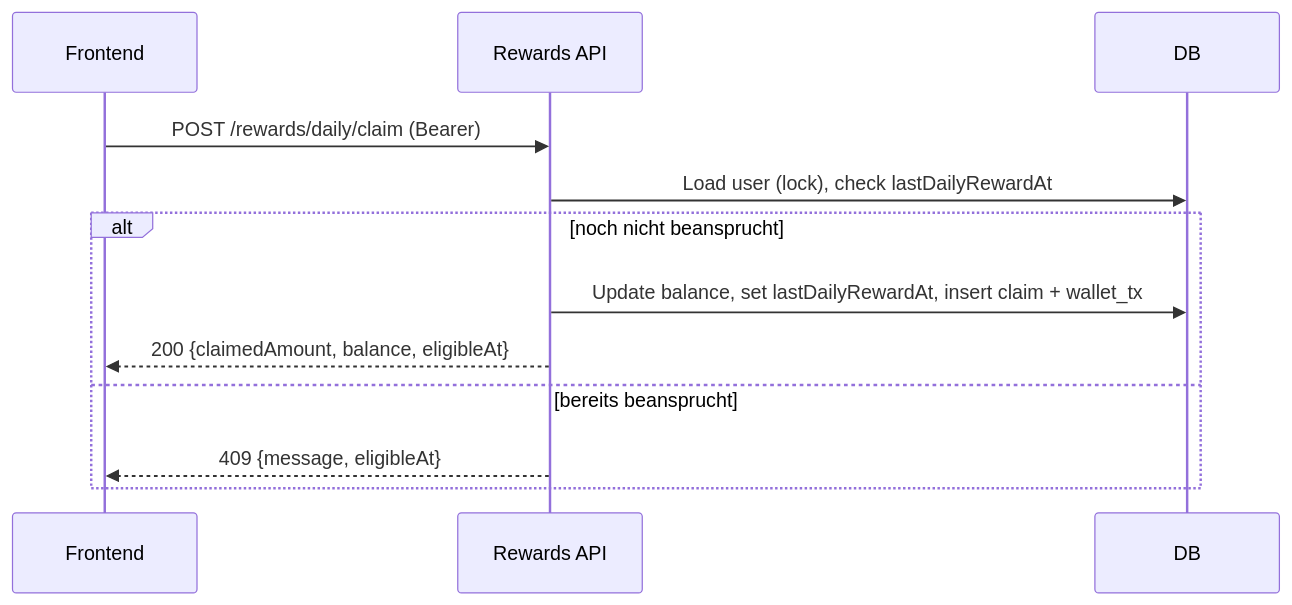
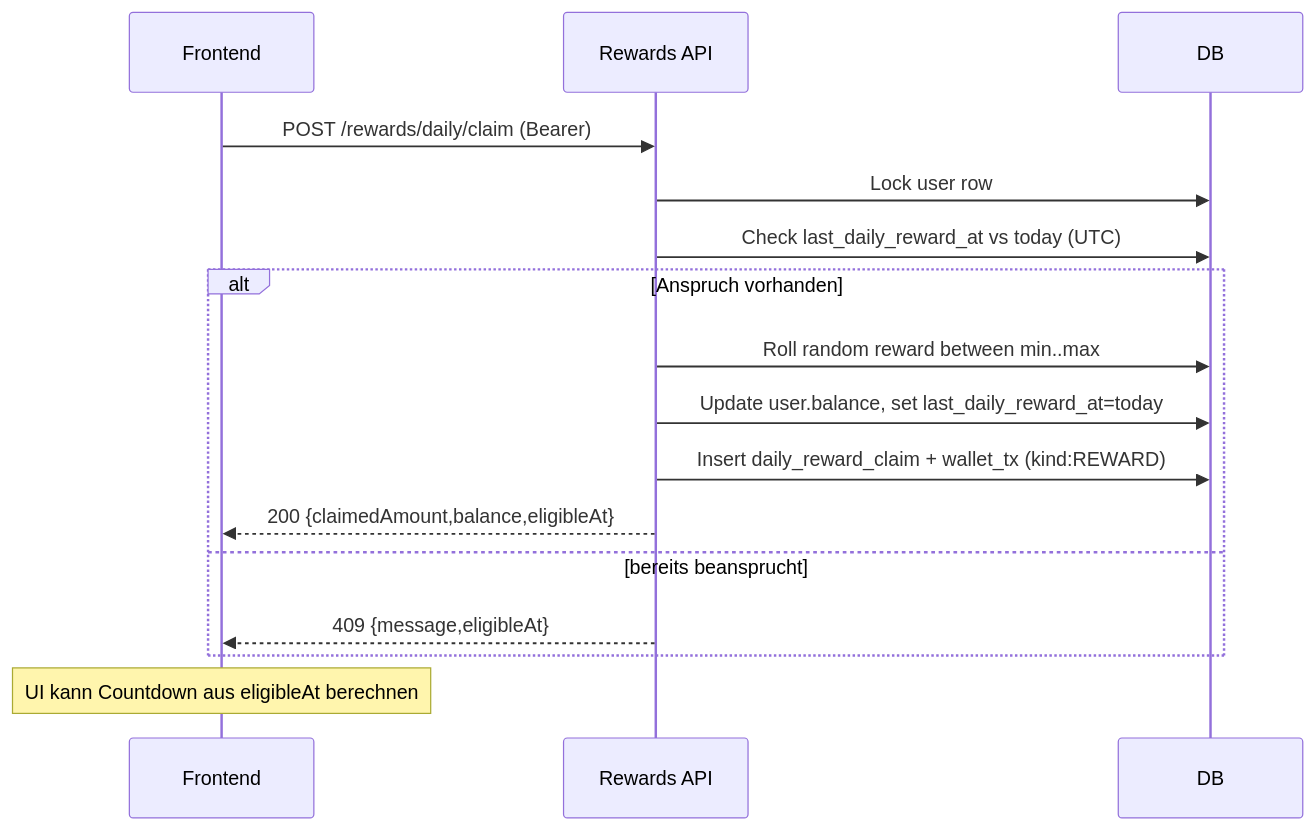
Before and after one commit to JustinKaram14/BetCeption: the first of 2 diagrams in docs/UseCases/UC3_Daily_Reward.md, drawn with Mermaid. The commit also changed other lines of this file and 57 other files, not shown here.

Commit message:
Mermaid Diagramme, UCRS ergänzt und erstellt, pngs gelöscht

````diff
--- a/docs/UseCases/UC3_Daily_Reward.md
+++ b/docs/UseCases/UC3_Daily_Reward.md
@@ -21,14 +52,20 @@
 ```mermaid
 sequenceDiagram
   participant FE as Frontend
   participant API as Rewards API
   participant DB as DB
+
   FE->>API: POST /rewards/daily/claim (Bearer)
-  API->>DB: Load user (lock), check lastDailyRewardAt
-  alt noch nicht beansprucht
-    API->>DB: Update balance, set lastDailyRewardAt, insert claim + wallet_tx
-    API-->>FE: 200 {claimedAmount, balance, eligibleAt}
+  API->>DB: Lock user row
+  API->>DB: Check last_daily_reward_at vs today (UTC)
+  alt Anspruch vorhanden
+    API->>DB: Roll random reward between min..max
+    API->>DB: Update user.balance, set last_daily_reward_at=today
+    API->>DB: Insert daily_reward_claim + wallet_tx (kind:REWARD)
+    API-->>FE: 200 {claimedAmount,balance,eligibleAt}
   else bereits beansprucht
-    API-->>FE: 409 {message, eligibleAt}
+    API-->>FE: 409 {message,eligibleAt}
   end
+
+  Note over FE: UI kann Countdown aus eligibleAt berechnen
 ```
````
